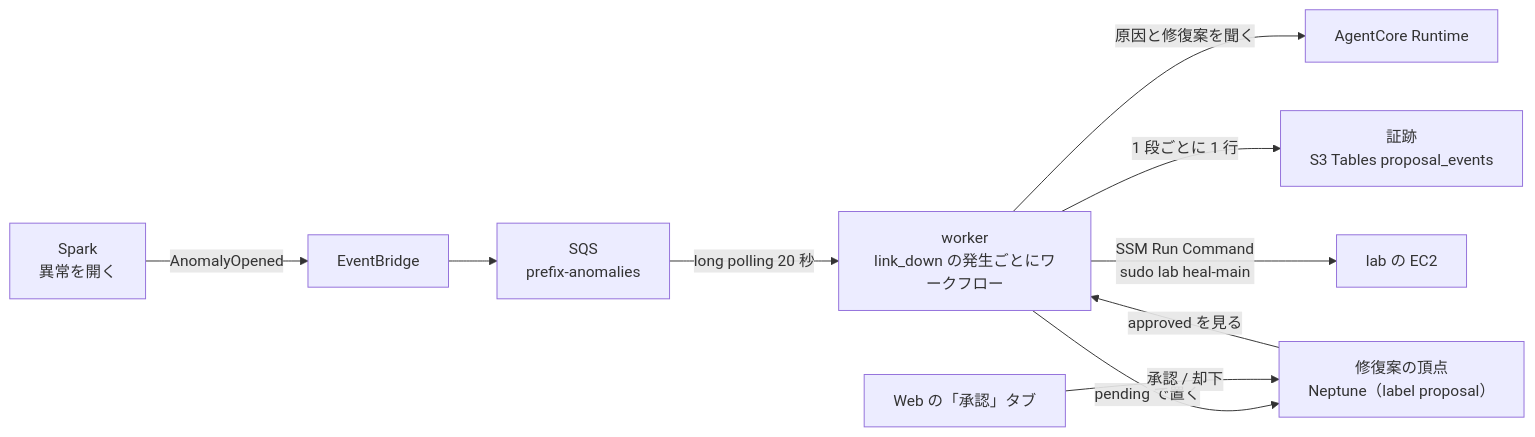
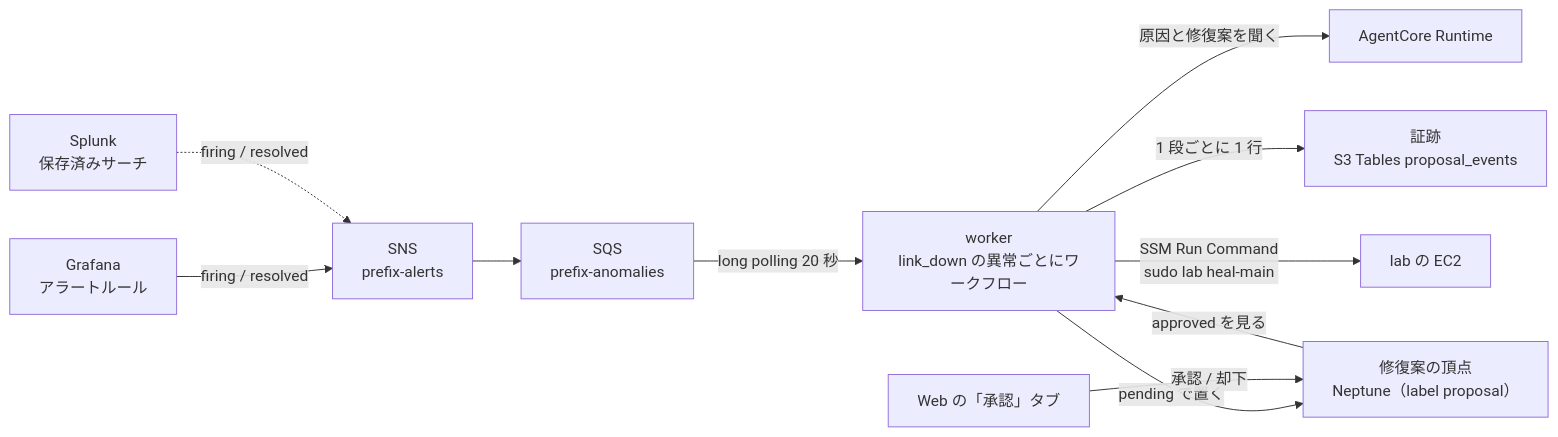
One commit to eddie-eights/cf-netops-sandbox changed the first of 2 diagrams in docs/workflow.md. Above: the diagram before and after it, drawn with Mermaid. The commit also changed other lines of this file and 10 other files, not shown here.

Commit message:
docs: 検知を Grafana / Splunk のアラート（SNS）に移したことに合わせた

````diff
--- a/docs/workflow.md
+++ b/docs/workflow.md
@@ -9,11 +9,13 @@
 ```mermaid
 flowchart LR
-  SPARK["Spark<br/>異常を開く"] -->|"AnomalyOpened"| EB["EventBridge"] --> SQS["SQS<br/>prefix-anomalies"]
-  SQS -->|"long polling 20 秒"| WK["worker<br/>link_down の発生ごとにワークフロー"]
+  GRAF["Grafana<br/>アラートルール"] -->|"firing / resolved"| SNS["SNS<br/>prefix-alerts"]
+  SPL["Splunk<br/>保存済みサーチ"] -.->|"firing / resolved"| SNS
+  SNS --> SQS["SQS<br/>prefix-anomalies"]
+  SQS -->|"long polling 20 秒"| WK["worker<br/>link_down の異常ごとにワークフロー"]
   WK -->|"原因と修復案を聞く"| RT["AgentCore Runtime"]
   WK -->|"pending で置く"| PT["修復案の頂点<br/>Neptune（label proposal）"]
   WEB["Web の「承認」タブ"] -->|"承認 / 却下"| PT
   PT -->|"approved を見る"| WK
   WK -->|"1 段ごとに 1 行"| PEV["証跡<br/>S3 Tables proposal_events"]
   WK -->|"SSM Run Command<br/>sudo lab heal-main"| LAB["lab の EC2"]
 ```
````
